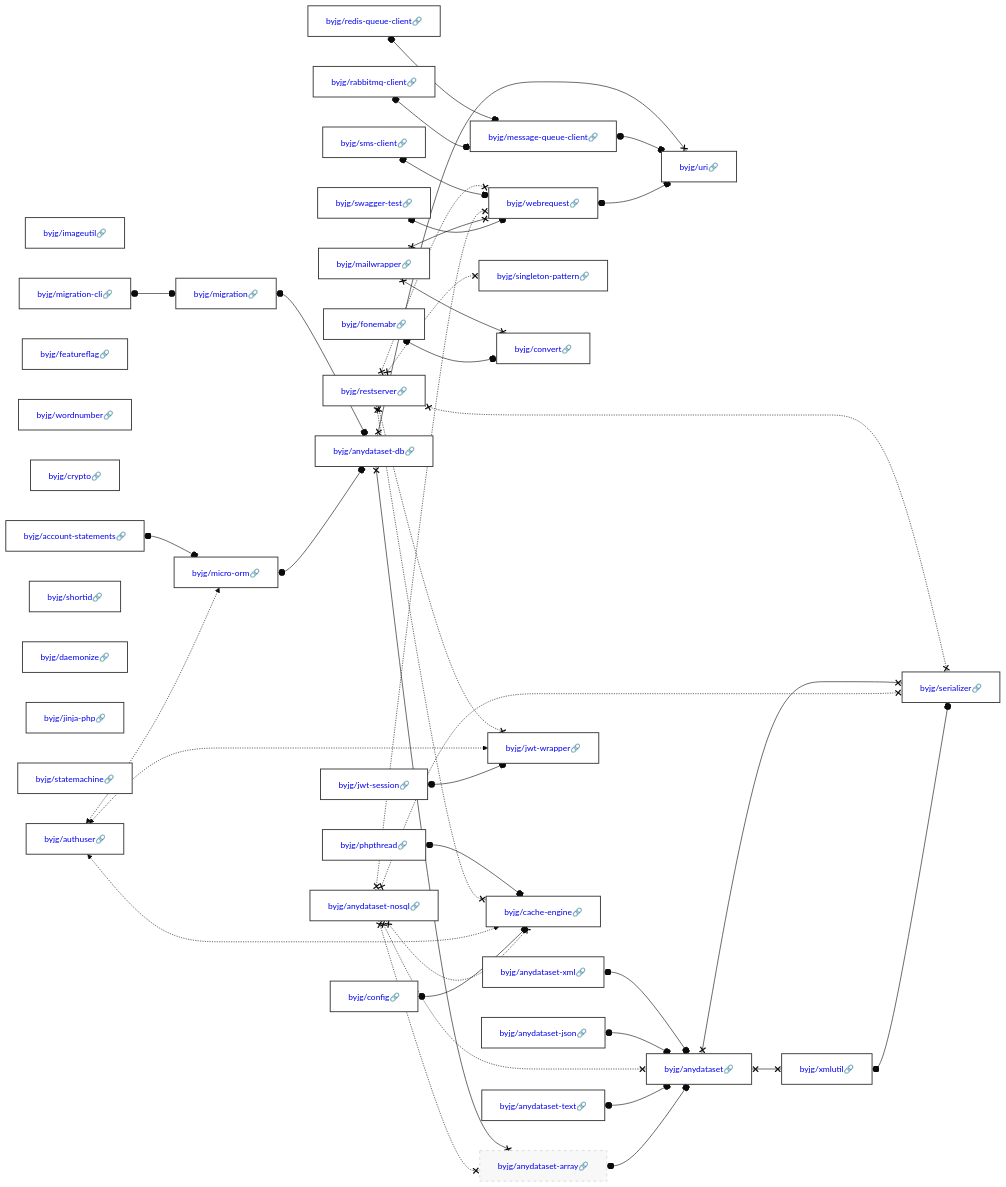
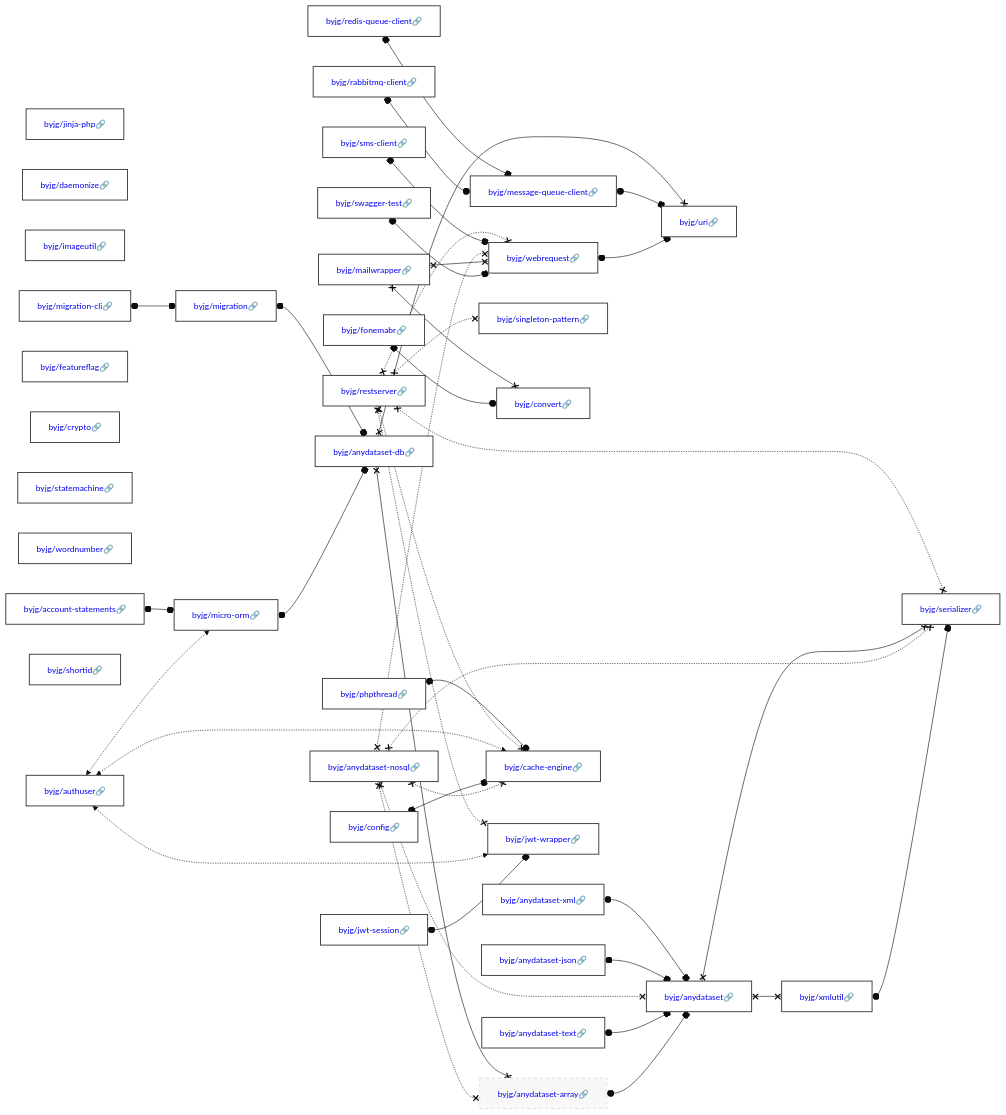
Before and after one commit to byjg/byjg.github.io: the diagram in docs/php/README.md, drawn with Mermaid (base theme). The commit also changed other lines of this file, not shown here.

Commit message:
Update documentation 'php' 'php-migration'

````diff
--- a/docs/php/README.md
+++ b/docs/php/README.md
@@ -3,38 +3,38 @@
 ```mermaid
 graph LR;
+  byjg/anydataset-nosql[<a href='https://opensource.byjg.com/docs/php/anydataset-nosql' style='text-decoration:none'>byjg/anydataset-nosql🔗</a>];
+  byjg/redis-queue-client[<a href='https://opensource.byjg.com/docs/php/redis-queue-client' style='text-decoration:none'>byjg/redis-queue-client🔗</a>];
+  byjg/restserver[<a href='https://opensource.byjg.com/docs/php/restserver' style='text-decoration:none'>byjg/restserver🔗</a>];
+  byjg/jinja-php[<a href='https://opensource.byjg.com/docs/php/jinja-php' style='text-decoration:none'>byjg/jinja-php🔗</a>];
+  byjg/daemonize[<a href='https://opensource.byjg.com/docs/php/daemonize' style='text-decoration:none'>byjg/daemonize🔗</a>];
   byjg/imageutil[<a href='https://opensource.byjg.com/docs/php/imageutil' style='text-decoration:none'>byjg/imageutil🔗</a>];
-  byjg/config[<a href='https://opensource.byjg.com/docs/php/config' style='text-decoration:none'>byjg/config🔗</a>];
-  byjg/swagger-test[<a href='https://opensource.byjg.com/docs/php/swagger-test' style='text-decoration:none'>byjg/swagger-test🔗</a>];
-  byjg/restserver[<a href='https://opensource.byjg.com/docs/php/restserver' style='text-decoration:none'>byjg/restserver🔗</a>];
-  byjg/redis-queue-client[<a href='https://opensource.byjg.com/docs/php/redis-queue-client' style='text-decoration:none'>byjg/redis-queue-client🔗</a>];
+  byjg/mailwrapper[<a href='https://opensource.byjg.com/docs/php/mailwrapper' style='text-decoration:none'>byjg/mailwrapper🔗</a>];
   byjg/migration-cli[<a href='https://opensource.byjg.com/docs/php/migration-cli' style='text-decoration:none'>byjg/migration-cli🔗</a>];
   byjg/featureflag[<a href='https://opensource.byjg.com/docs/php/featureflag' style='text-decoration:none'>byjg/featureflag🔗</a>];
-  byjg/anydataset-nosql[<a href='https://opensource.byjg.com/docs/php/anydataset-nosql' style='text-decoration:none'>byjg/anydataset-nosql🔗</a>];
+  byjg/crypto[<a href='https://opensource.byjg.com/docs/php/crypto' style='text-decoration:none'>byjg/crypto🔗</a>];
+  byjg/statemachine[<a href='https://opensource.byjg.com/docs/php/statemachine' style='text-decoration:none'>byjg/statemachine🔗</a>];
+  byjg/anydataset-json[<a href='https://opensource.byjg.com/docs/php/anydataset-json' style='text-decoration:none'>byjg/anydataset-json🔗</a>];
+  byjg/fonemabr[<a href='https://opensource.byjg.com/docs/php/fonemabr' style='text-decoration:none'>byjg/fonemabr🔗</a>];
   byjg/wordnumber[<a href='https://opensource.byjg.com/docs/php/wordnumber' style='text-decoration:none'>byjg/wordnumber🔗</a>];
-  byjg/fonemabr[<a href='https://opensource.byjg.com/docs/php/fonemabr' style='text-decoration:none'>byjg/fonemabr🔗</a>];
-  byjg/crypto[<a href='https://opensource.byjg.com/docs/php/crypto' style='text-decoration:none'>byjg/crypto🔗</a>];
   byjg/account-statements[<a href='https://opensource.byjg.com/docs/php/account-statements' style='text-decoration:none'>byjg/account-statements🔗</a>];
+  byjg/rabbitmq-client[<a href='https://opensource.byjg.com/docs/php/rabbitmq-client' style='text-decoration:none'>byjg/rabbitmq-client🔗</a>];
+  byjg/config[<a href='https://opensource.byjg.com/docs/php/config' style='text-decoration:none'>byjg/config🔗</a>];
+  byjg/anydataset-xml[<a href='https://opensource.byjg.com/docs/php/anydataset-xml' style='text-decoration:none'>byjg/anydataset-xml🔗</a>];
   byjg/shortid[<a href='https://opensource.byjg.com/docs/php/shortid' style='text-decoration:none'>byjg/shortid🔗</a>];
+  byjg/phpthread[<a href='https://opensource.byjg.com/docs/php/phpthread' style='text-decoration:none'>byjg/phpthread🔗</a>];
+  byjg/anydataset-text[<a href='https://opensource.byjg.com/docs/php/anydataset-text' style='text-decoration:none'>byjg/anydataset-text🔗</a>];
   byjg/sms-client[<a href='https://opensource.byjg.com/docs/php/sms-client' style='text-decoration:none'>byjg/sms-client🔗</a>];
-  byjg/anydataset-text[<a href='https://opensource.byjg.com/docs/php/anydataset-text' style='text-decoration:none'>byjg/anydataset-text🔗</a>];
-  byjg/anydataset-xml[<a href='https://opensource.byjg.com/docs/php/anydataset-xml' style='text-decoration:none'>byjg/anydataset-xml🔗</a>];
-  byjg/daemonize[<a href='https://opensource.byjg.com/docs/php/daemonize' style='text-decoration:none'>byjg/daemonize🔗</a>];
-  byjg/mailwrapper[<a href='https://opensource.byjg.com/docs/php/mailwrapper' style='text-decoration:none'>byjg/mailwrapper🔗</a>];
-  byjg/anydataset-json[<a href='https://opensource.byjg.com/docs/php/anydataset-json' style='text-decoration:none'>byjg/anydataset-json🔗</a>];
-  byjg/jinja-php[<a href='https://opensource.byjg.com/docs/php/jinja-php' style='text-decoration:none'>byjg/jinja-php🔗</a>];
-  byjg/statemachine[<a href='https://opensource.byjg.com/docs/php/statemachine' style='text-decoration:none'>byjg/statemachine🔗</a>];
+  byjg/swagger-test[<a href='https://opensource.byjg.com/docs/php/swagger-test' style='text-decoration:none'>byjg/swagger-test🔗</a>];
   byjg/authuser[<a href='https://opensource.byjg.com/docs/php/authuser' style='text-decoration:none'>byjg/authuser🔗</a>];
-  byjg/rabbitmq-client[<a href='https://opensource.byjg.com/docs/php/rabbitmq-client' style='text-decoration:none'>byjg/rabbitmq-client🔗</a>];
   byjg/jwt-session[<a href='https://opensource.byjg.com/docs/php/jwt-session' style='text-decoration:none'>byjg/jwt-session🔗</a>];
-  byjg/phpthread[<a href='https://opensource.byjg.com/docs/php/phpthread' style='text-decoration:none'>byjg/phpthread🔗</a>];
   byjg/singleton-pattern[<a href='https://opensource.byjg.com/docs/php/singleton-pattern' style='text-decoration:none'>byjg/singleton-pattern🔗</a>];
   byjg/migration[<a href='https://opensource.byjg.com/docs/php/migration' style='text-decoration:none'>byjg/migration🔗</a>];
   byjg/convert[<a href='https://opensource.byjg.com/docs/php/convert' style='text-decoration:none'>byjg/convert🔗</a>];
+  byjg/message-queue-client[<a href='https://opensource.byjg.com/docs/php/message-queue-client' style='text-decoration:none'>byjg/message-queue-client🔗</a>];
   byjg/webrequest[<a href='https://opensource.byjg.com/docs/php/webrequest' style='text-decoration:none'>byjg/webrequest🔗</a>];
   byjg/micro-orm[<a href='https://opensource.byjg.com/docs/php/micro-orm' style='text-decoration:none'>byjg/micro-orm🔗</a>];
-  byjg/message-queue-client[<a href='https://opensource.byjg.com/docs/php/message-queue-client' style='text-decoration:none'>byjg/message-queue-client🔗</a>];
+  byjg/cache-engine[<a href='https://opensource.byjg.com/docs/php/cache-engine' style='text-decoration:none'>byjg/cache-engine🔗</a>];
   byjg/jwt-wrapper[<a href='https://opensource.byjg.com/docs/php/jwt-wrapper' style='text-decoration:none'>byjg/jwt-wrapper🔗</a>];
-  byjg/cache-engine[<a href='https://opensource.byjg.com/docs/php/cache-engine' style='text-decoration:none'>byjg/cache-engine🔗</a>];
   byjg/anydataset-db[<a href='https://opensource.byjg.com/docs/php/anydataset-db' style='text-decoration:none'>byjg/anydataset-db🔗</a>];
   byjg/anydataset-array[<a href='https://opensource.byjg.com/docs/php/anydataset-array' style='text-decoration:none'>byjg/anydataset-array🔗</a>];
   byjg/uri[<a href='https://opensource.byjg.com/docs/php/uri' style='text-decoration:none'>byjg/uri🔗</a>];
````
